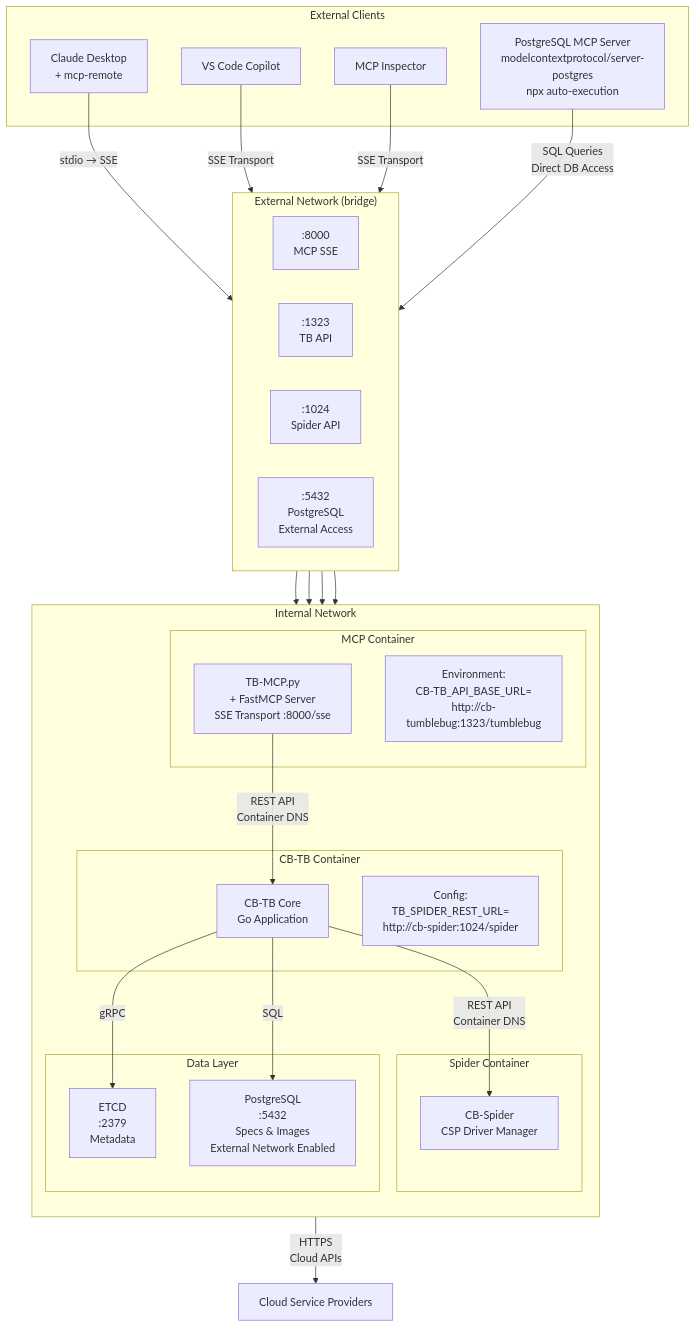
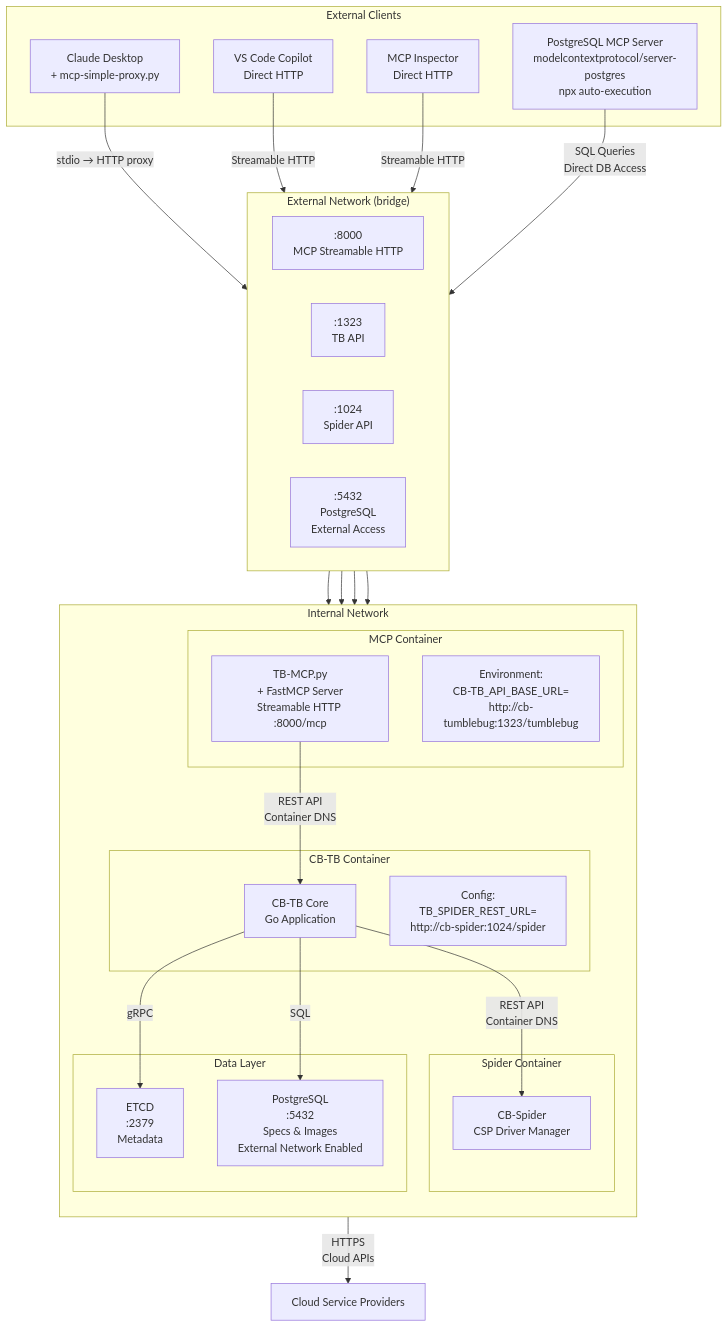
Before and after one commit to cloud-barista/cm-beetle: the fifth of 7 diagrams in deployments/docker-compose/cb-tumblebug/interface/mcp/architecture.md, drawn with Mermaid. The commit also changed other lines of this file and 59 other files, not shown here.

````diff
--- a/deployments/docker-compose/cb-tumblebug/interface/mcp/architecture.md
+++ b/deployments/docker-compose/cb-tumblebug/interface/mcp/architecture.md
@@ -178,61 +174,61 @@
 ```mermaid
 graph TB
     subgraph "External Network (bridge)"
         direction LR
-        ExtPort8000[":8000<br/>MCP SSE"]
+        ExtPort8000[":8000<br/>MCP Streamable HTTP"]
         ExtPort1323[":1323<br/>TB API"]
         ExtPort1024[":1024<br/>Spider API"]
         ExtPort5432[":5432<br/>PostgreSQL<br/>External Access"]
     end
     
     subgraph "Internal Network"
         direction TB
         
         subgraph "MCP Container"
-            MCPApp[TB-MCP.py<br/>+ FastMCP Server<br/>SSE Transport :8000/sse]
+            MCPApp[TB-MCP.py<br/>+ FastMCP Server<br/>Streamable HTTP :8000/mcp]
             MCPEnv[Environment:<br/>CB-TB_API_BASE_URL=<br/>http://cb-tumblebug:1323/tumblebug]
         end
         
         subgraph "CB-TB Container"
             TBApp[CB-TB Core<br/>Go Application]
             TBConfig[Config:<br/>TB_SPIDER_REST_URL=<br/>http://cb-spider:1024/spider]
         end
         
         subgraph "Spider Container"
             SpiderApp[CB-Spider<br/>CSP Driver Manager]
         end
         
         subgraph "Data Layer"
             ETCDData[ETCD<br/>:2379<br/>Metadata]
             PostgresData[PostgreSQL<br/>:5432<br/>Specs & Images<br/>External Network Enabled]
         end
     end
     
     subgraph "External Clients"
-        Client1[Claude Desktop<br/>+ mcp-remote]
-        Client2[VS Code Copilot]
-        Client3[MCP Inspector]
+        Client1[Claude Desktop<br/>+ mcp-simple-proxy.py]
+        Client2[VS Code Copilot<br/>Direct HTTP]
+        Client3[MCP Inspector<br/>Direct HTTP]
         Client4[PostgreSQL MCP Server<br/>modelcontextprotocol/server-postgres<br/>npx auto-execution]
     end
     
     %% External connections
-    Client1 -->|stdio → SSE| ExtPort8000
-    Client2 -->|SSE Transport| ExtPort8000
-    Client3 -->|SSE Transport| ExtPort8000
+    Client1 -->|stdio → HTTP proxy| ExtPort8000
+    Client2 -->|Streamable HTTP| ExtPort8000
+    Client3 -->|Streamable HTTP| ExtPort8000
     Client4 -->|SQL Queries<br/>Direct DB Access| ExtPort5432
     
     %% Port mapping
     ExtPort8000 --> MCPApp
     ExtPort1323 --> TBApp
     ExtPort1024 --> SpiderApp
     ExtPort5432 --> PostgresData
     
     %% Internal container communication
     MCPApp -->|REST API<br/>Container DNS| TBApp
     TBApp -->|REST API<br/>Container DNS| SpiderApp
     TBApp -->|gRPC| ETCDData
     TBApp -->|SQL| PostgresData
     
     %% External cloud access
     SpiderApp -->|HTTPS<br/>Cloud APIs| CloudProviders[Cloud Service Providers]
 ```
````
